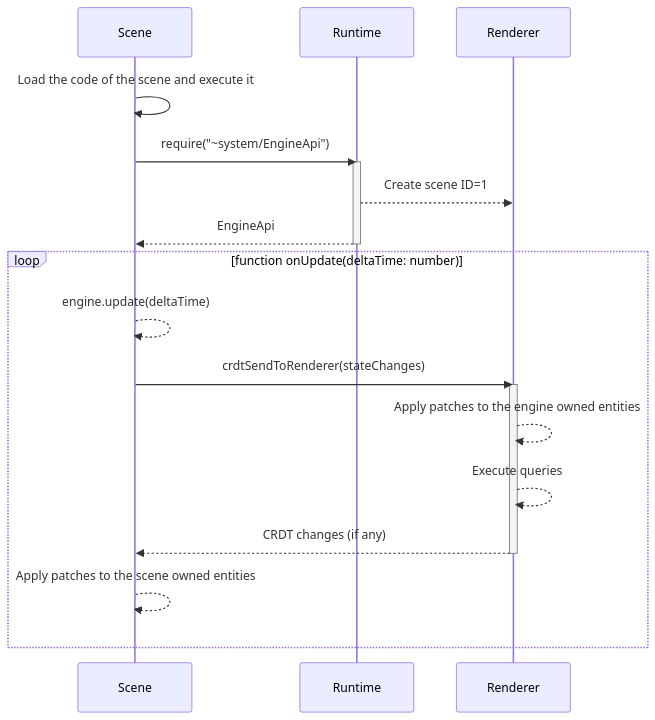
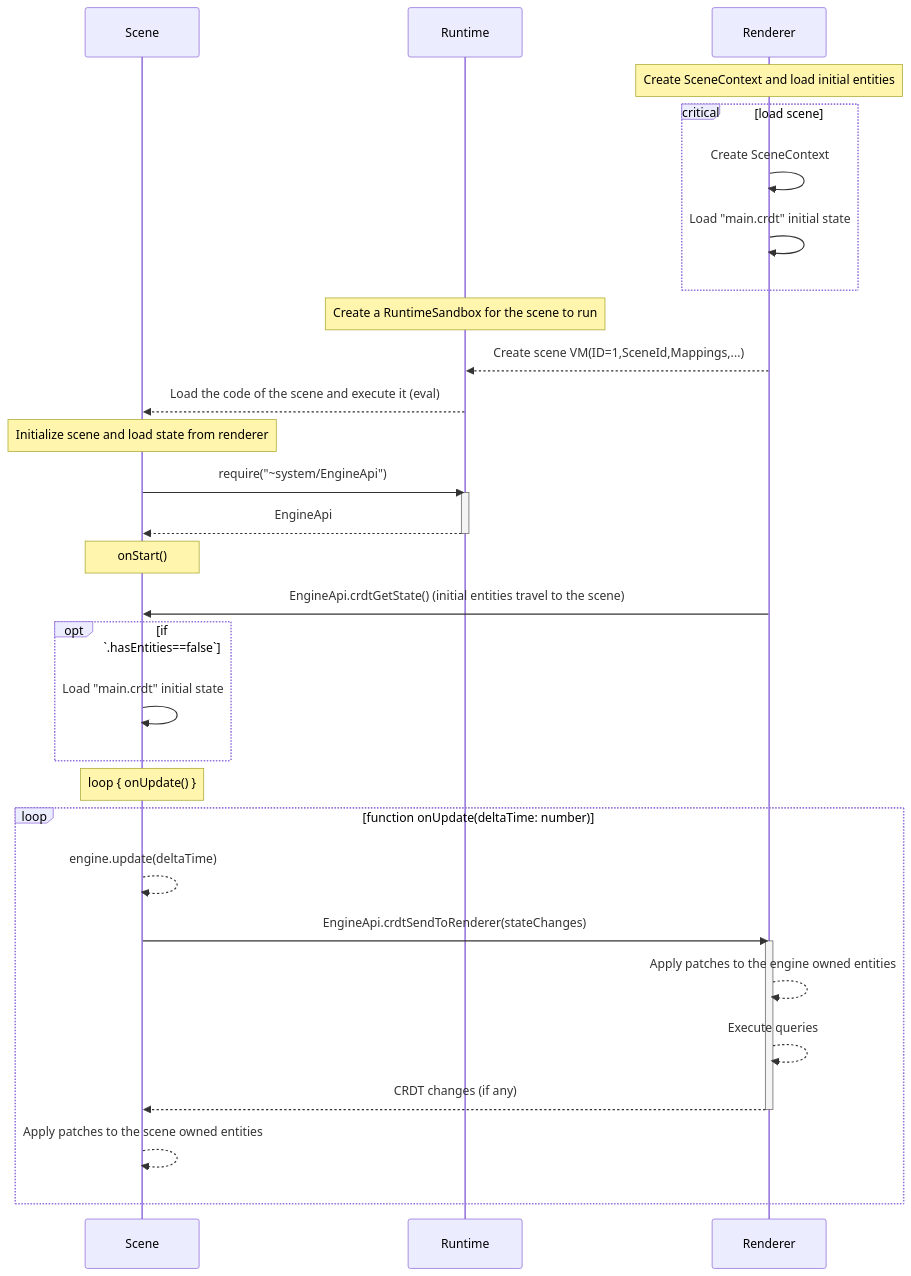
The second of 2 diagrams in content/ADR-133-scene-runtime.md (decentraland/adr), drawn with Mermaid before and after one commit. The commit also changed other lines of this file and 1 other file, not shown here.

````diff
--- a/content/ADR-133-scene-runtime.md
+++ b/content/ADR-133-scene-runtime.md
@@ -95,25 +119,43 @@
 ```mermaid
 sequenceDiagram
   participant S as Scene
   participant K as Runtime
   participant R as Renderer
 
-  S->>S: Load the code of the scene and execute it
+  note over R: Create SceneContext and load initial entities
+  critical load scene
+  R->>R: Create SceneContext
+  R->>R: Load "main.crdt" initial state
+  end
+
+  note over K: Create a RuntimeSandbox for the scene to run
+  R-->>K: Create scene VM(ID=1,SceneId,Mappings,...)
+  K-->>S: Load the code of the scene and execute it (eval)
+
+  note over S: Initialize scene and load state from renderer
 
   S->>K: require("~system/EngineApi")
   activate K
-  K-->>R: Create scene ID=1
   K-->>S: EngineApi
   deactivate K
 
+  note over S: onStart()
+
+  R->>S: EngineApi.crdtGetState() (initial entities travel to the scene)
+
+  opt if `.hasEntities==false`
+    S->>S: Load "main.crdt" initial state
+  end
+
+  note over S: loop { onUpdate() }
   loop function onUpdate(deltaTime: number)
     S-->>S: engine.update(deltaTime)
-    S->>R: crdtSendToRenderer(stateChanges)
+    S->>R: EngineApi.crdtSendToRenderer(stateChanges)
     activate R
     R-->>R: Apply patches to the engine owned entities
     R-->>R: Execute queries
     R-->>S: CRDT changes (if any)
     deactivate R
     S-->>S: Apply patches to the scene owned entities
   end
 ```
````
